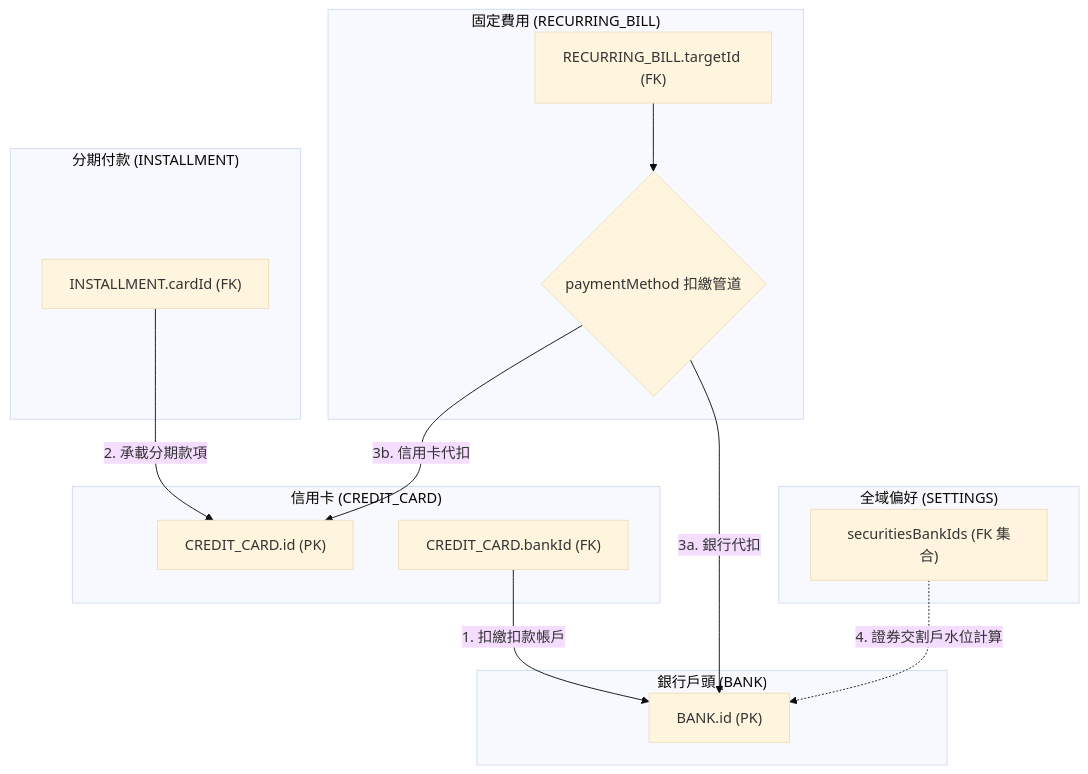
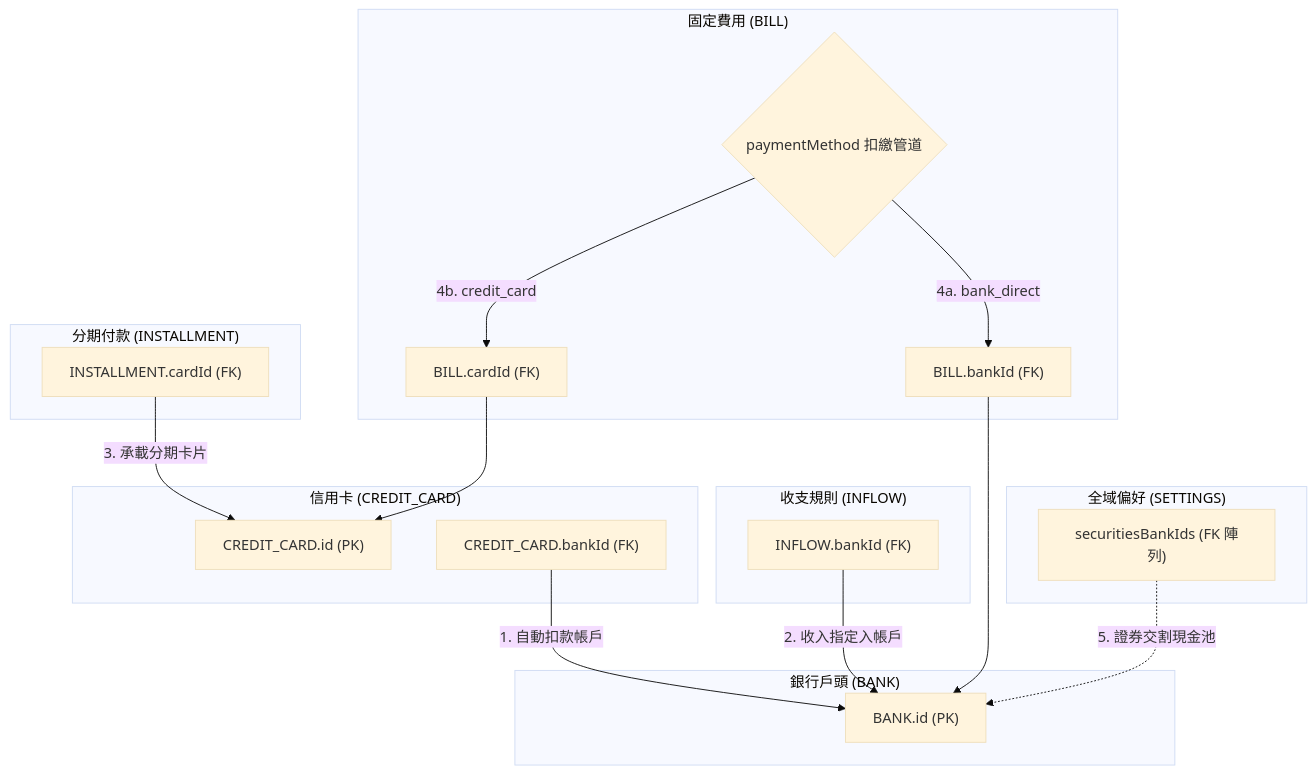
Before and after one commit to wiskinglin/wiskinglin.github.io: the second of 2 diagrams in pocketmoney/ERD.md, drawn with Mermaid (base theme). The commit also changed other lines of this file and 8 other files, not shown here.

````diff
--- a/pocketmoney/ERD.md
+++ b/pocketmoney/ERD.md
@@ -315,31 +374,38 @@
 ```mermaid
 flowchart TD
     subgraph Banks ["銀行戶頭 (BANK)"]
         B1["BANK.id (PK)"]
     end
 
     subgraph Cards ["信用卡 (CREDIT_CARD)"]
         C1["CREDIT_CARD.id (PK)"]
         C2["CREDIT_CARD.bankId (FK)"]
     end
 
-    subgraph Bills ["固定費用 (RECURRING_BILL)"]
-        RB1["RECURRING_BILL.targetId (FK)"]
+    subgraph Inflows ["收支規則 (INFLOW)"]
+        INF1["INFLOW.bankId (FK)"]
+    end
+
+    subgraph Bills ["固定費用 (BILL)"]
         RB_Method{"paymentMethod 扣繳管道"}
+        RB_Bank["BILL.bankId (FK)"]
+        RB_Card["BILL.cardId (FK)"]
     end
 
     subgraph Insts ["分期付款 (INSTALLMENT)"]
         I1["INSTALLMENT.cardId (FK)"]
     end
 
     subgraph Settings ["全域偏好 (SETTINGS)"]
-        S1["securitiesBankIds (FK 集合)"]
+        S1["securitiesBankIds (FK 陣列)"]
     end
 
-    C2 -->|1. 扣繳扣款帳戶| B1
-    I1 -->|2. 承載分期款項| C1
-    RB1 --> RB_Method
-    RB_Method -->|3a. 銀行代扣| B1
-    RB_Method -->|3b. 信用卡代扣| C1
-    S1 -.->|4. 證券交割戶水位計算| B1
+    C2 -->|1. 自動扣款帳戶| B1
+    INF1 -->|2. 收入指定入帳戶| B1
+    I1 -->|3. 承載分期卡片| C1
+    RB_Method -->|4a. bank_direct| RB_Bank
+    RB_Bank --> B1
+    RB_Method -->|4b. credit_card| RB_Card
+    RB_Card --> C1
+    S1 -.->|5. 證券交割現金池| B1
 ```
````
